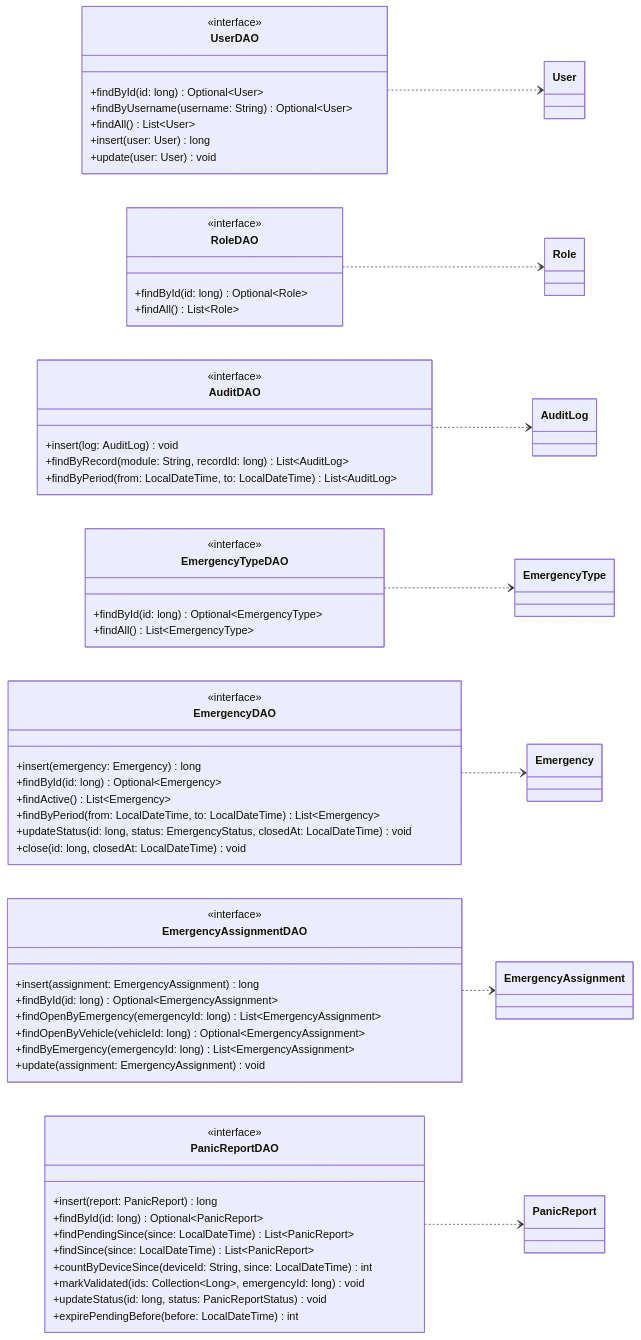
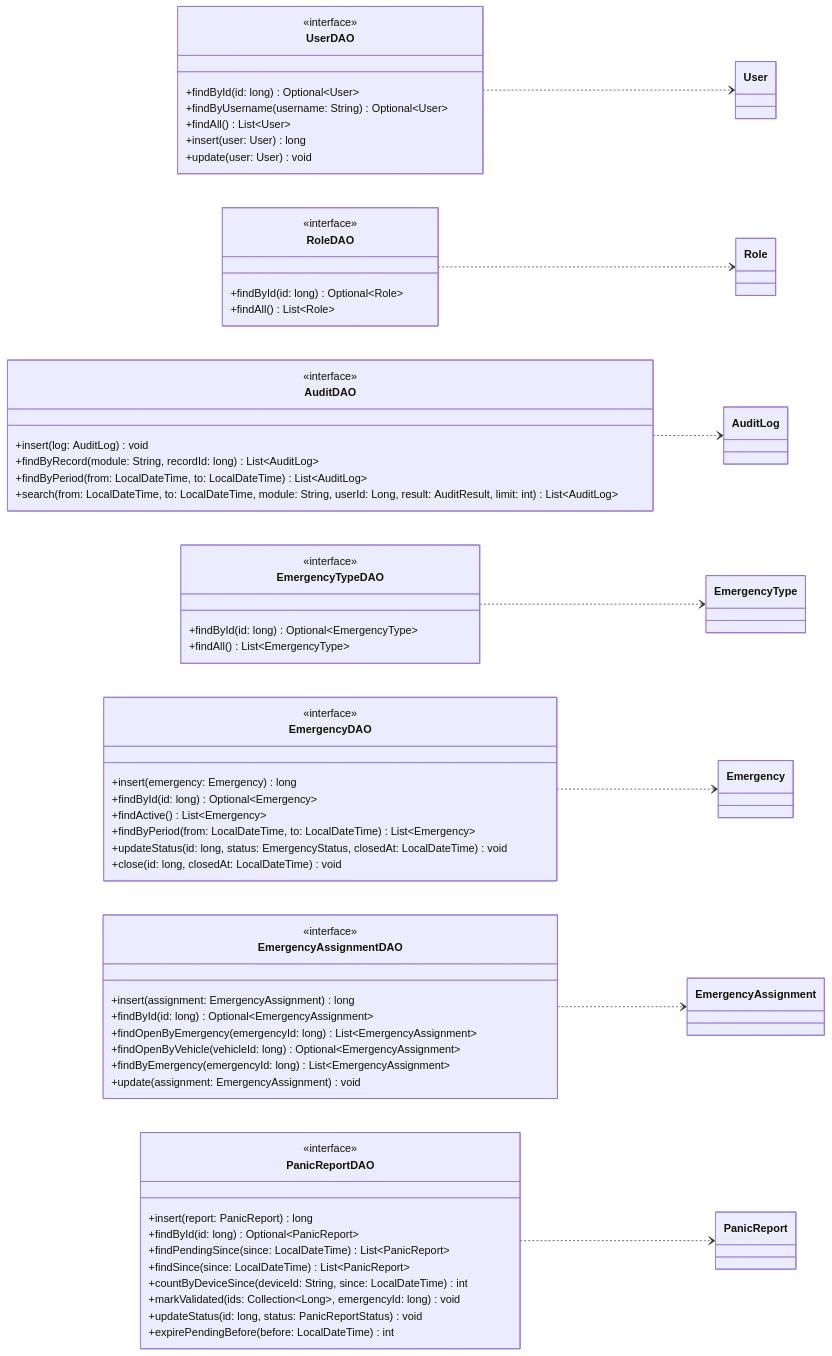
The tenth of 24 diagrams in docs/class-diagram.md (afzabaleta/RutaVida), drawn with Mermaid before and after one commit. The commit also changed other lines of this file and 2 other files, not shown here.

Commit message:
docs: document-audit-api

````diff
--- a/docs/class-diagram.md
+++ b/docs/class-diagram.md
@@ -627,77 +627,78 @@
 ```mermaid
 ---
 config:
   markdownAutoWrap: false
 ---
 classDiagram
     direction LR
 
     class UserDAO {
         <<interface>>
         +findById(id: long) Optional~User~
         +findByUsername(username: String) Optional~User~
         +findAll() List~User~
         +insert(user: User) long
         +update(user: User) void
     }
     class RoleDAO {
         <<interface>>
         +findById(id: long) Optional~Role~
         +findAll() List~Role~
     }
     class AuditDAO {
         <<interface>>
         +insert(log: AuditLog) void
         +findByRecord(module: String, recordId: long) List~AuditLog~
         +findByPeriod(from: LocalDateTime, to: LocalDateTime) List~AuditLog~
+        +search(from: LocalDateTime, to: LocalDateTime, module: String, userId: Long, result: AuditResult, limit: int) List~AuditLog~
     }
     class EmergencyTypeDAO {
         <<interface>>
         +findById(id: long) Optional~EmergencyType~
         +findAll() List~EmergencyType~
     }
     class EmergencyDAO {
         <<interface>>
         +insert(emergency: Emergency) long
         +findById(id: long) Optional~Emergency~
         +findActive() List~Emergency~
         +findByPeriod(from: LocalDateTime, to: LocalDateTime) List~Emergency~
         +updateStatus(id: long, status: EmergencyStatus, closedAt: LocalDateTime) void
         +close(id: long, closedAt: LocalDateTime) void
     }
     class EmergencyAssignmentDAO {
         <<interface>>
         +insert(assignment: EmergencyAssignment) long
         +findById(id: long) Optional~EmergencyAssignment~
         +findOpenByEmergency(emergencyId: long) List~EmergencyAssignment~
         +findOpenByVehicle(vehicleId: long) Optional~EmergencyAssignment~
         +findByEmergency(emergencyId: long) List~EmergencyAssignment~
         +update(assignment: EmergencyAssignment) void
     }
     class PanicReportDAO {
         <<interface>>
         +insert(report: PanicReport) long
         +findById(id: long) Optional~PanicReport~
         +findPendingSince(since: LocalDateTime) List~PanicReport~
         +findSince(since: LocalDateTime) List~PanicReport~
         +countByDeviceSince(deviceId: String, since: LocalDateTime) int
         +markValidated(ids: Collection~Long~, emergencyId: long) void
         +updateStatus(id: long, status: PanicReportStatus) void
         +expirePendingBefore(before: LocalDateTime) int
     }
     class User
     class Role
     class AuditLog
     class EmergencyType
     class Emergency
     class EmergencyAssignment
     class PanicReport
 
     UserDAO ..> User
     RoleDAO ..> Role
     AuditDAO ..> AuditLog
     EmergencyTypeDAO ..> EmergencyType
     EmergencyDAO ..> Emergency
     EmergencyAssignmentDAO ..> EmergencyAssignment
     PanicReportDAO ..> PanicReport
 ```
````
